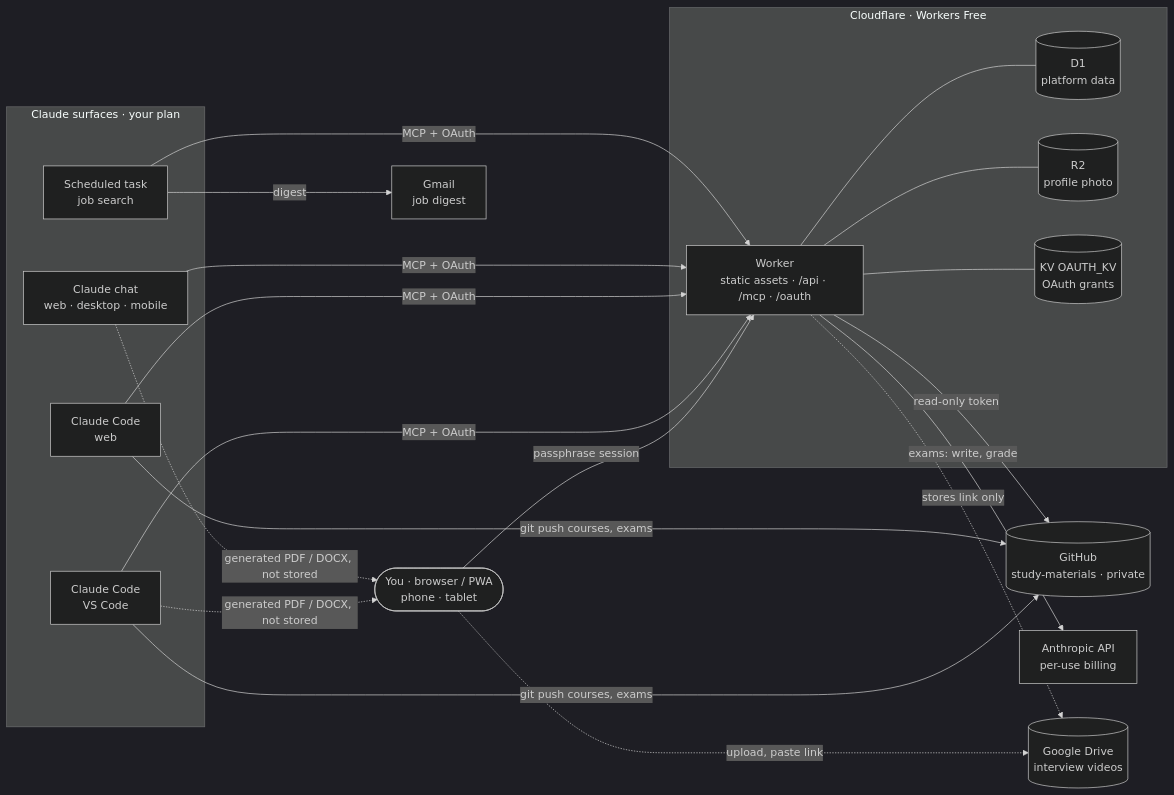
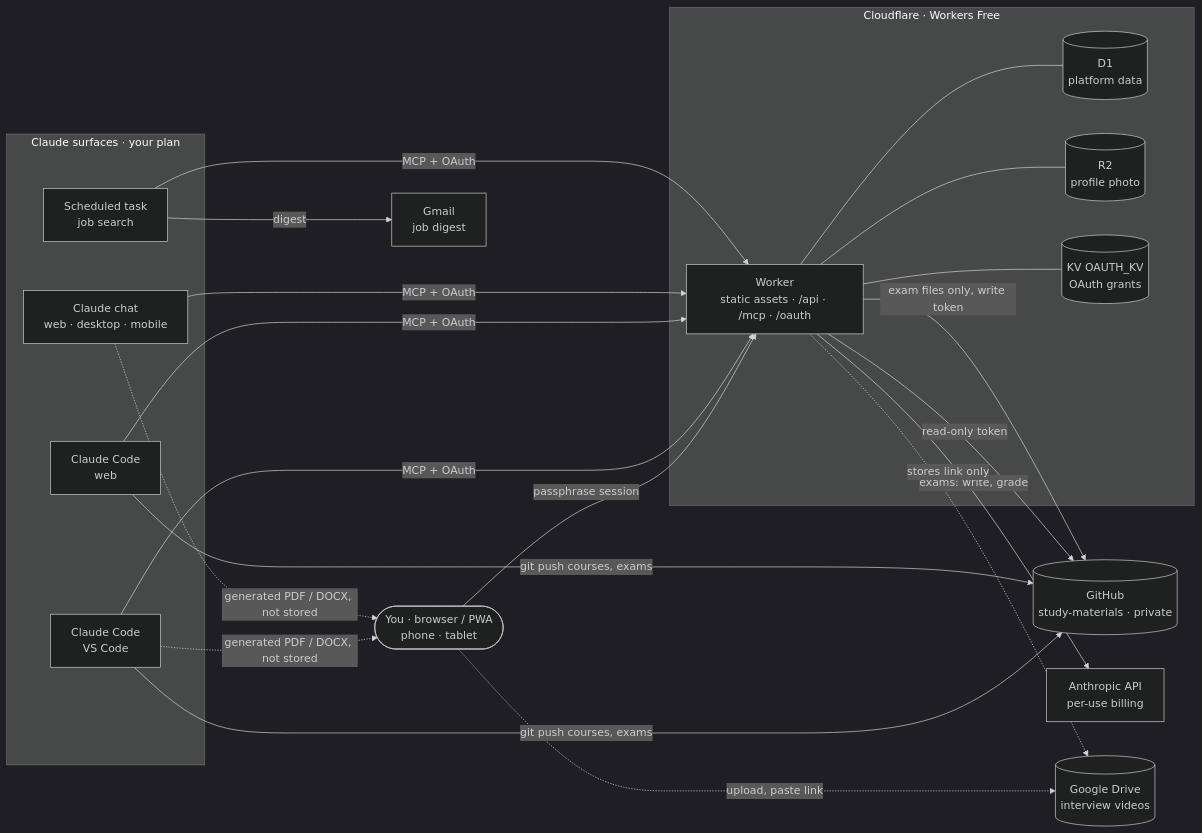
The diagram in docs/architecture.md (Jailsonsdsj/projects-lab), drawn with Mermaid (dark theme) before and after one commit. The commit also changed other lines of this file and 17 other files, not shown here.

````diff
--- a/docs/architecture.md
+++ b/docs/architecture.md
@@ -42,31 +42,32 @@
 ```mermaid
 flowchart LR
   you([You · browser / PWA<br/>phone · tablet])
   subgraph claude[Claude surfaces · your plan]
     vsc[Claude Code<br/>VS Code]
     ccw[Claude Code<br/>web]
     chat[Claude chat<br/>web · desktop · mobile]
     sched[Scheduled task<br/>job search]
   end
   subgraph cf[Cloudflare · Workers Free]
     worker[Worker<br/>static assets · /api · /mcp · /oauth]
     d1[(D1<br/>platform data)]
     r2[(R2<br/>profile photo)]
     kv[(KV OAUTH_KV<br/>OAuth grants)]
   end
   gh[(GitHub<br/>study-materials · private)]
   anthropic[Anthropic API<br/>per-use billing]
   drive[(Google Drive<br/>interview videos)]
   gmail[Gmail<br/>job digest]
 
   you -- passphrase session --> worker
   vsc & ccw & chat & sched -- MCP + OAuth --> worker
   vsc & ccw -- git push courses, exams --> gh
   vsc & chat -. generated PDF / DOCX, not stored .-> you
   worker -- read-only token --> gh
+  worker -- exam files only, write token --> gh
   worker -- exams: write, grade --> anthropic
   worker --- d1 & r2 & kv
   you -. upload, paste link .-> drive
   worker -. stores link only .-> drive
   sched -- digest --> gmail
 ```
````
